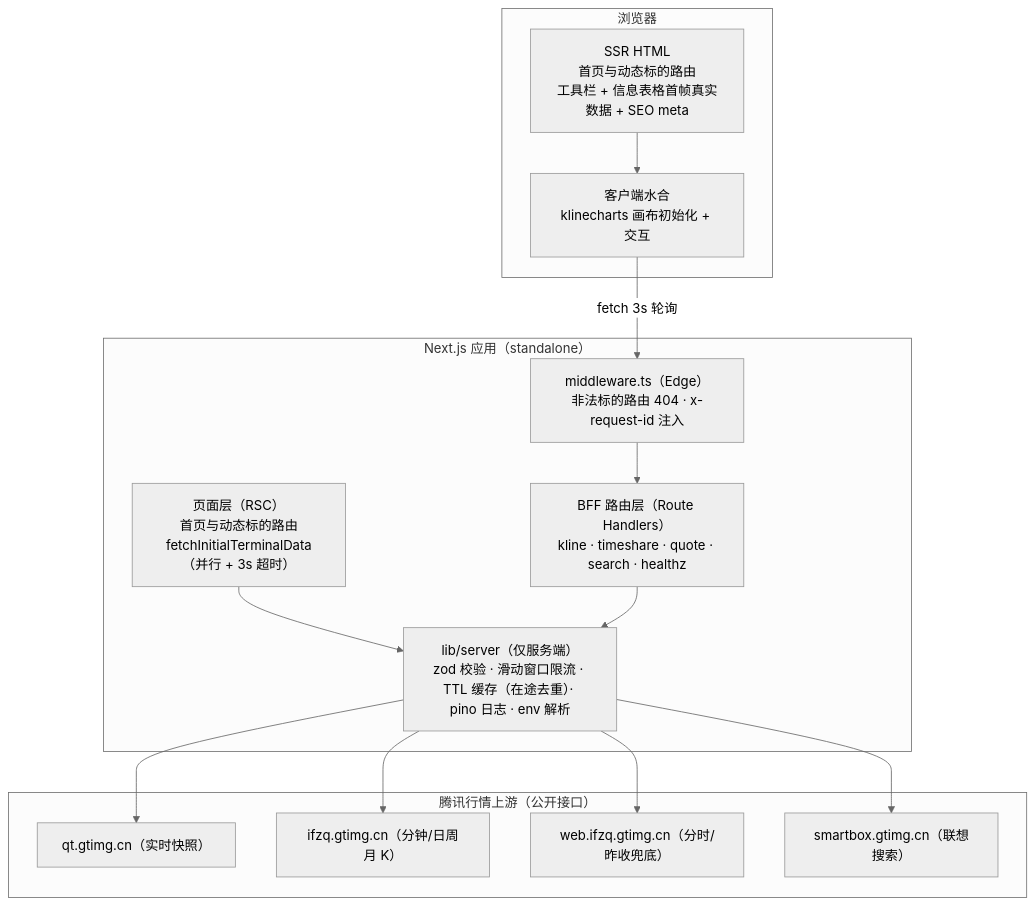
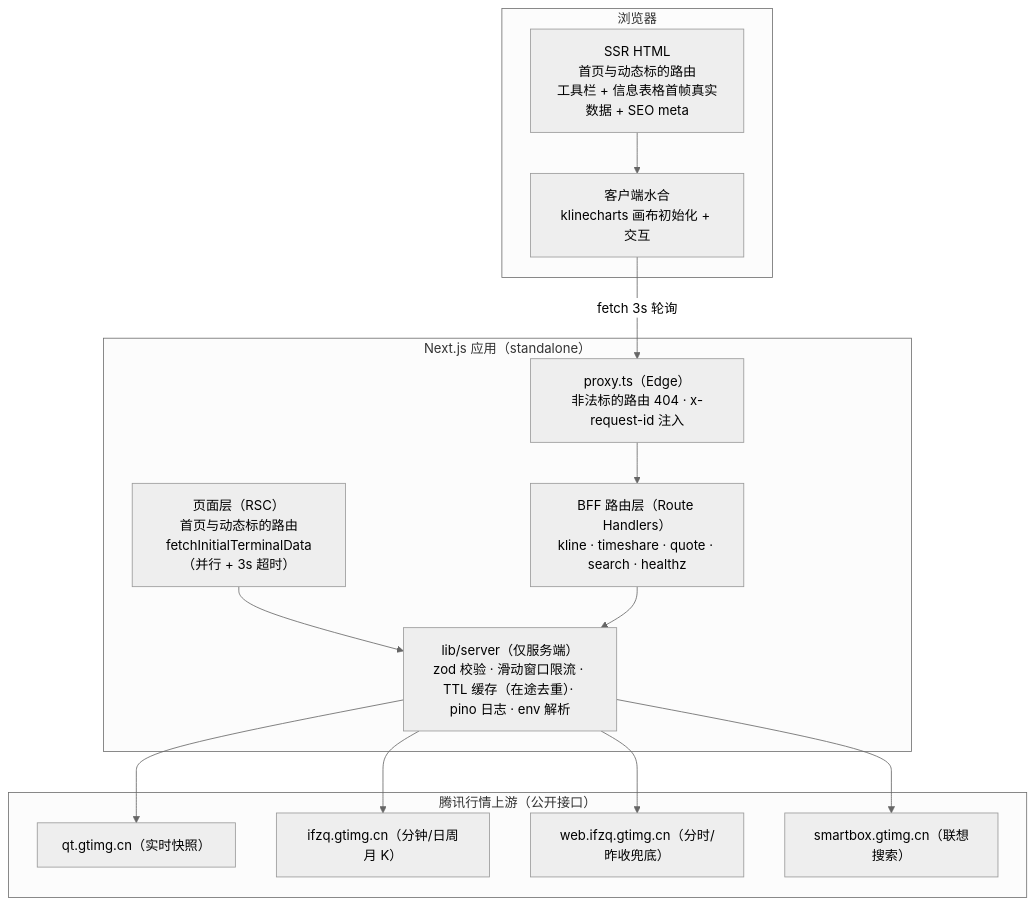
One commit to jaiden-home/preview-v10 changed the first of 8 diagrams in docs/ARCHITECTURE.md. Above: the diagram before and after it, drawn with Mermaid (neutral theme). The commit also changed other lines of this file and 2 other files, not shown here.

Commit message:
refactor: migrate middleware to proxy per Next.js convention

````diff
--- a/docs/ARCHITECTURE.md
+++ b/docs/ARCHITECTURE.md
@@ -42,31 +42,31 @@
 ```mermaid
 flowchart TB
     subgraph Browser["浏览器"]
         HTML["SSR HTML<br/>首页与动态标的路由<br/>工具栏 + 信息表格首帧真实数据 + SEO meta"]
         HYD["客户端水合<br/>klinecharts 画布初始化 + 交互"]
     end
 
     subgraph NextApp["Next.js 应用（standalone）"]
-        MW["middleware.ts（Edge）<br/>非法标的路由 404 · x-request-id 注入"]
+        MW["proxy.ts（Edge）<br/>非法标的路由 404 · x-request-id 注入"]
         PAGE["页面层（RSC）<br/>首页与动态标的路由<br/>fetchInitialTerminalData（并行 + 3s 超时）"]
         BFF["BFF 路由层（Route Handlers）<br/>kline · timeshare · quote · search · healthz"]
         SRV["lib/server（仅服务端）<br/>zod 校验 · 滑动窗口限流 · TTL 缓存（在途去重）· pino 日志 · env 解析"]
     end
 
     subgraph Upstream["腾讯行情上游（公开接口）"]
         QT["qt.gtimg.cn（实时快照）"]
         IFZQ["ifzq.gtimg.cn（分钟/日周月 K）"]
         DAY["web.ifzq.gtimg.cn（分时/昨收兜底）"]
         SB["smartbox.gtimg.cn（联想搜索）"]
     end
 
     HTML --> HYD
     HYD -->|fetch 3s 轮询| MW
     MW --> BFF
     PAGE --> SRV
     SRV --> QT
     SRV --> IFZQ
     SRV --> DAY
     SRV --> SB
     BFF --> SRV
 ```
````
